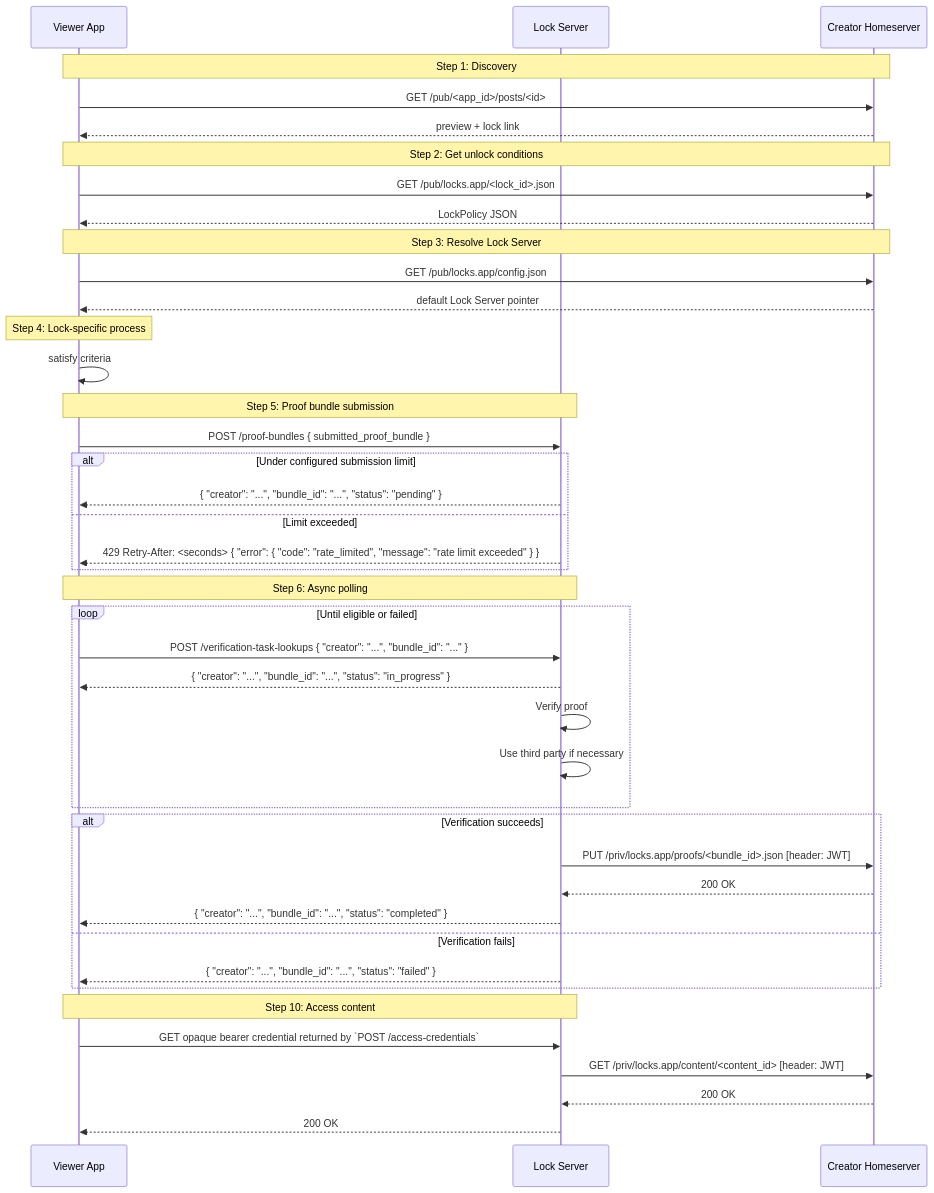
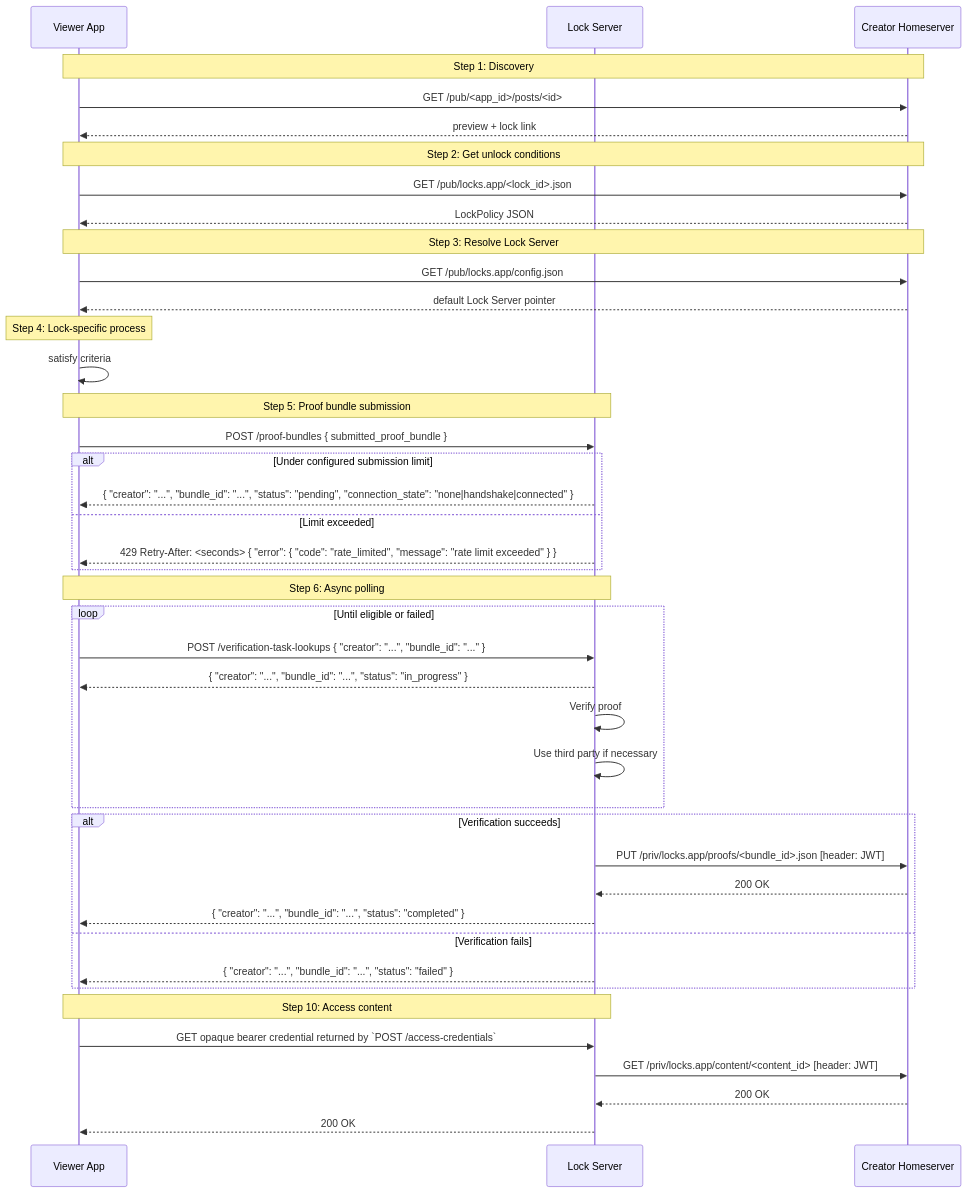
One commit to pubky/locks changed the second of 2 diagrams in README.md. Above: the diagram before and after it, drawn with Mermaid. The commit also changed other lines of this file and 14 other files, not shown here.

````diff
--- a/README.md
+++ b/README.md
@@ -350,51 +350,51 @@
 ```mermaid
 sequenceDiagram
   participant V as Viewer App
   participant L as Lock Server
   participant H as Creator Homeserver
 
   Note over V,H: Step 1: Discovery
   V->>H: GET /pub/<app_id>/posts/<id>
   H-->>V: preview + lock link
 
   Note over V,H: Step 2: Get unlock conditions
   V->>H: GET /pub/locks.app/<lock_id>.json
   H-->>V: LockPolicy JSON
 
   Note over V,H: Step 3: Resolve Lock Server
   V->>H: GET /pub/locks.app/config.json
   H-->>V: default Lock Server pointer
 
   Note over V,V: Step 4: Lock-specific process
   V->>V: satisfy criteria
 
   Note over V,L: Step 5: Proof bundle submission
   V->>L: POST /proof-bundles { submitted_proof_bundle }
   alt Under configured submission limit
-    L-->>V: { "creator": "...", "bundle_id": "...", "status": "pending" }
+    L-->>V: { "creator": "...", "bundle_id": "...", "status": "pending", "connection_state": "none|handshake|connected" }
   else Limit exceeded
     L-->>V: 429 Retry-After: <seconds> { "error": { "code": "rate_limited", "message": "rate limit exceeded" } }
   end
 
   Note over V,L: Step 6: Async polling
   loop Until eligible or failed
     V->>L: POST /verification-task-lookups { "creator": "...", "bundle_id": "..." }
     L-->>V: { "creator": "...", "bundle_id": "...", "status": "in_progress" }
     L->>L: Verify proof
     L->>L: Use third party if necessary
   end
 
   alt Verification succeeds
     L->>H: PUT /priv/locks.app/proofs/<bundle_id>.json [header: JWT]
     H-->>L: 200 OK
     L-->>V: { "creator": "...", "bundle_id": "...", "status": "completed" }
   else Verification fails
     L-->>V: { "creator": "...", "bundle_id": "...", "status": "failed" }
   end
 
   Note over V,L: Step 10: Access content
   V->>L: GET opaque bearer credential returned by `POST /access-credentials`
   L->>H: GET /priv/locks.app/content/<content_id> [header: JWT]
   H-->>L: 200 OK
   L-->>V: 200 OK
 ```
````
